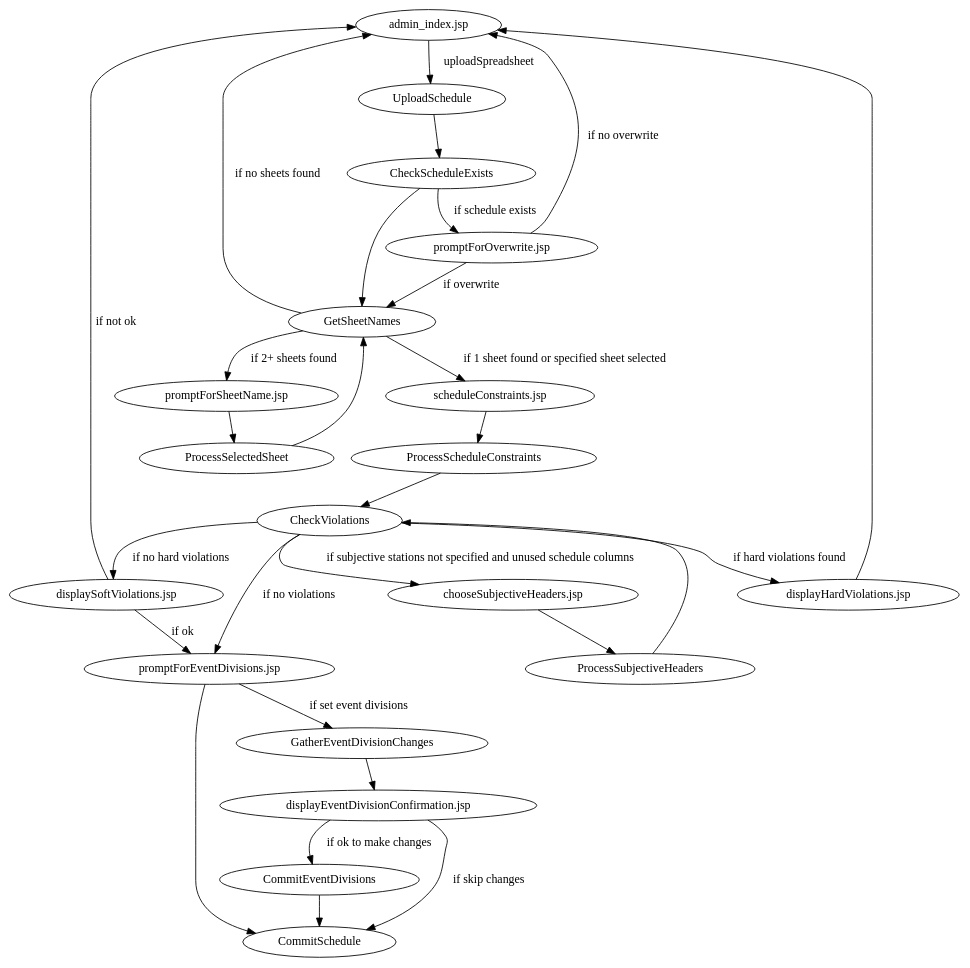
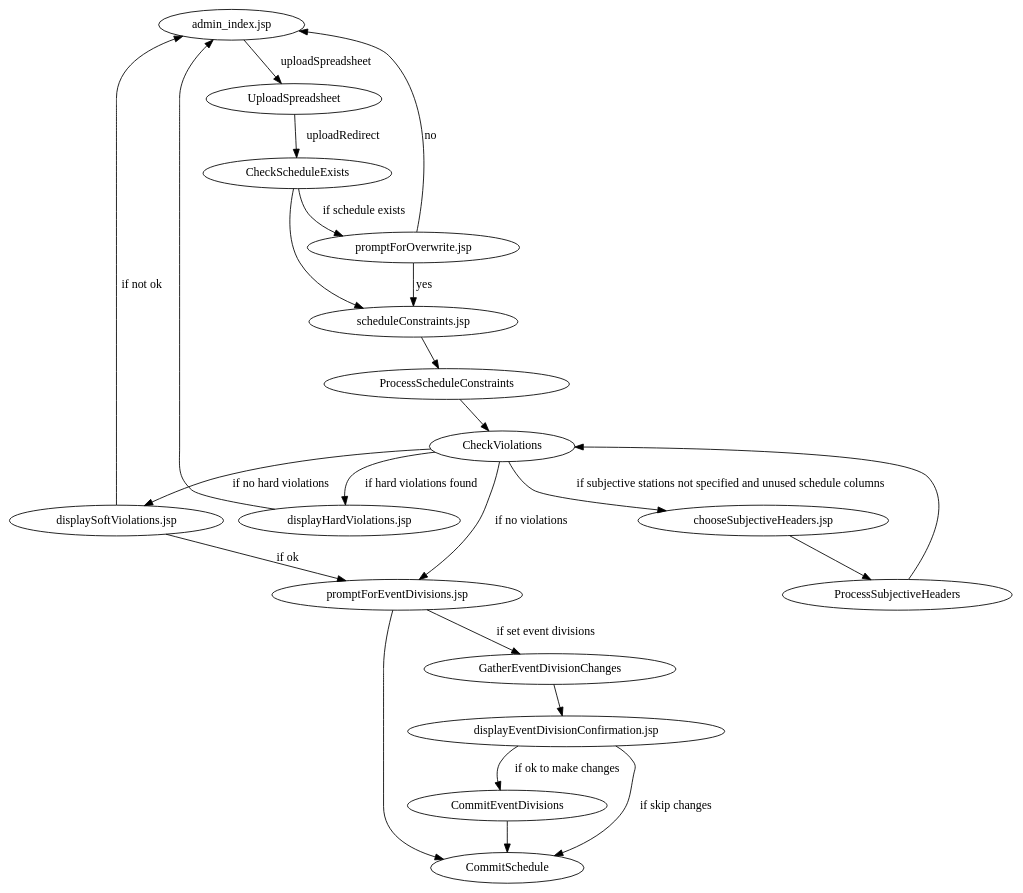
The diagram in src/main/documentation/workflows/upload-schedule.dot (jpschewe/fll-sw), drawn with Graphviz before and after one commit. The commit also changed 8 other files, not shown here.

First line of the commit message:
Refactor uploading of a schedule to use the common upload spreadsheet code

```diff
--- a/src/main/documentation/workflows/upload-schedule.dot
+++ b/src/main/documentation/workflows/upload-schedule.dot
@@ -1,46 +1,39 @@
 digraph UploadSchedule {
 
-"admin_index.jsp" -> UploadSchedule [label="uploadSpreadsheet"];
+"admin_index.jsp" -> UploadSpreadsheet [label="uploadSpreadsheet"];
 
-UploadSchedule -> CheckScheduleExists;
+UploadSpreadsheet -> CheckScheduleExists [label="uploadRedirect"];
 
 CheckScheduleExists -> "promptForOverwrite.jsp" [label="if schedule exists"];
 
-"promptForOverwrite.jsp" -> GetSheetNames [label="if overwrite"];
-"promptForOverwrite.jsp" -> "admin_index.jsp" [label="if no overwrite"];
+"promptForOverwrite.jsp" -> "scheduleConstraints.jsp" [label="yes"];
+"promptForOverwrite.jsp" -> "admin_index.jsp" [label="no"];
 
-CheckScheduleExists -> GetSheetNames;
-
-GetSheetNames -> "admin_index.jsp" [label="if no sheets found"];
-GetSheetNames -> "promptForSheetName.jsp" [label="if 2+ sheets found"];
-GetSheetNames -> "scheduleConstraints.jsp" [label="if 1 sheet found or specified sheet selected"];
-
-"promptForSheetName.jsp" -> ProcessSelectedSheet;
-ProcessSelectedSheet -> GetSheetNames;
+CheckScheduleExists -> "scheduleConstraints.jsp";
 
 "scheduleConstraints.jsp" -> ProcessScheduleConstraints;
 ProcessScheduleConstraints -> CheckViolations;
 
 CheckViolations -> "promptForEventDivisions.jsp" [label="if no violations"];
 CheckViolations -> "displayHardViolations.jsp" [label="if hard violations found"];
 CheckViolations -> "displaySoftViolations.jsp" [label="if no hard violations"];
 
 CheckViolations -> "chooseSubjectiveHeaders.jsp" [label="if subjective stations not specified and unused schedule columns"];
 "chooseSubjectiveHeaders.jsp" -> ProcessSubjectiveHeaders;
 ProcessSubjectiveHeaders -> CheckViolations;
 
 "displayHardViolations.jsp" -> "admin_index.jsp";
 
 "displaySoftViolations.jsp" -> "promptForEventDivisions.jsp" [label="if ok"];
 "displaySoftViolations.jsp" -> "admin_index.jsp" [label="if not ok"];
 
 "promptForEventDivisions.jsp" -> GatherEventDivisionChanges [label="if set event divisions"];
 "promptForEventDivisions.jsp" -> CommitSchedule;
 
 GatherEventDivisionChanges -> "displayEventDivisionConfirmation.jsp";
 
 "displayEventDivisionConfirmation.jsp" -> CommitEventDivisions [label="if ok to make changes"];
 "displayEventDivisionConfirmation.jsp" -> CommitSchedule [label="if skip changes"];
 CommitEventDivisions -> CommitSchedule
 
 }
```
